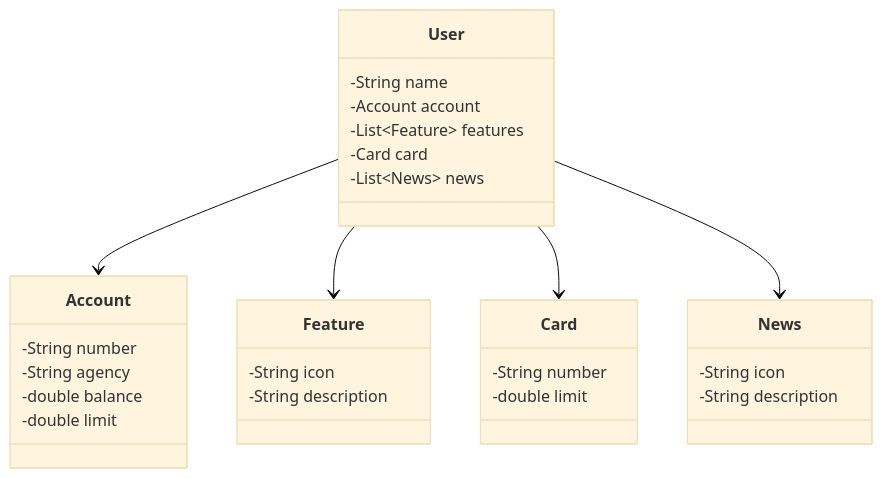
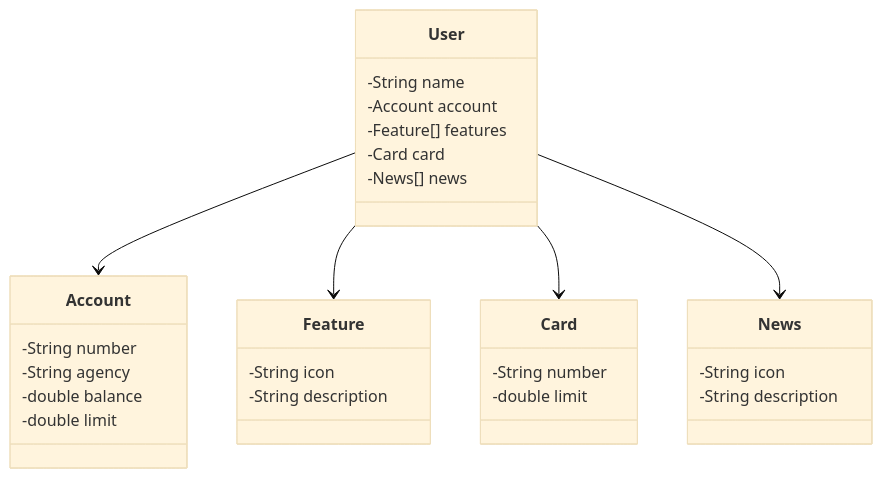
One commit to JanielleOliveira/santander-dev-week-2024 changed the diagram in README.md. Above: the diagram before and after it, drawn with Mermaid (base theme).

Commit message:
README.md

````diff
--- a/README.md
+++ b/README.md
@@ -6,37 +6,37 @@
 ```mermaid
 classDiagram
     class User {
         -String name
         -Account account
-        -List~Feature~ features
+        -Feature[] features
         -Card card
-        -List~News~ news
+        -News[] news
     }
 
     class Account {
         -String number
         -String agency
         -double balance
         -double limit
     }
 
     class Feature {
         -String icon
         -String description
     }
 
     class Card {
         -String number
         -double limit
     }
 
     class News {
         -String icon
         -String description
     }
 
     User --> Account
     User --> Feature
     User --> Card
     User --> News
 ```
````
